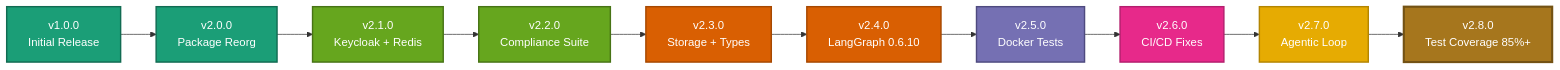
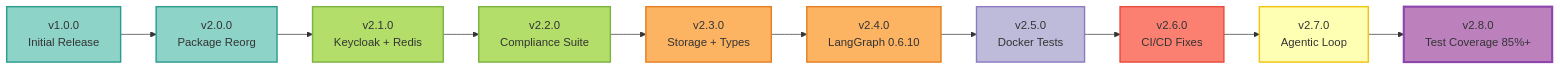
Before and after one commit to vishnu2kmohan/mcp-server-langgraph: the diagram in docs/releases/overview.mdx, drawn with Mermaid. The commit also changed 11 other files, not shown here.

First line of the commit message:
style: migrate all diagrams from Dark2 to Set3 ColorBrewer2 palette

````diff
--- a/docs/releases/overview.mdx
+++ b/docs/releases/overview.mdx
@@ -93,24 +93,24 @@
 ```mermaid
 graph LR
     V1[v1.0.0<br/>Initial Release] --> V2[v2.0.0<br/>Package Reorg]
     V2 --> V21[v2.1.0<br/>Keycloak + Redis]
     V21 --> V22[v2.2.0<br/>Compliance Suite]
     V22 --> V23[v2.3.0<br/>Storage + Types]
     V23 --> V24[v2.4.0<br/>LangGraph 0.6.10]
     V24 --> V25[v2.5.0<br/>Docker Tests]
     V25 --> V26[v2.6.0<br/>CI/CD Fixes]
     V26 --> V27[v2.7.0<br/>Agentic Loop]
     V27 --> V28[v2.8.0<br/>Test Coverage 85%+]
 
-    %% ColorBrewer2 Dark2 palette - progressive version timeline
-    style V1 fill:#1b9e77,stroke:#116b52,stroke-width:2px,color:#fff
-    style V2 fill:#1b9e77,stroke:#116b52,stroke-width:2px,color:#fff
-    style V21 fill:#66a61e,stroke:#477315,stroke-width:2px,color:#fff
-    style V22 fill:#66a61e,stroke:#477315,stroke-width:2px,color:#fff
-    style V23 fill:#d95f02,stroke:#a64801,stroke-width:2px,color:#fff
-    style V24 fill:#d95f02,stroke:#a64801,stroke-width:2px,color:#fff
-    style V25 fill:#7570b3,stroke:#4e4a7f,stroke-width:2px,color:#fff
-    style V26 fill:#e7298a,stroke:#b31e6d,stroke-width:2px,color:#fff
-    style V27 fill:#e6ab02,stroke:#b38501,stroke-width:2px,color:#fff
-    style V28 fill:#a6761d,stroke:#735214,stroke-width:3px,color:#fff
+    %% ColorBrewer2 Set3 palette - progressive version timeline
+    style V1 fill:#8dd3c7,stroke:#2a9d8f,stroke-width:2px,color:#333
+    style V2 fill:#8dd3c7,stroke:#2a9d8f,stroke-width:2px,color:#333
+    style V21 fill:#b3de69,stroke:#7cb342,stroke-width:2px,color:#333
+    style V22 fill:#b3de69,stroke:#7cb342,stroke-width:2px,color:#333
+    style V23 fill:#fdb462,stroke:#e67e22,stroke-width:2px,color:#333
+    style V24 fill:#fdb462,stroke:#e67e22,stroke-width:2px,color:#333
+    style V25 fill:#bebada,stroke:#8e7cc3,stroke-width:2px,color:#333
+    style V26 fill:#fb8072,stroke:#e74c3c,stroke-width:2px,color:#333
+    style V27 fill:#ffffb3,stroke:#f1c40f,stroke-width:2px,color:#333
+    style V28 fill:#bc80bd,stroke:#8e44ad,stroke-width:3px,color:#333
 ```
````
